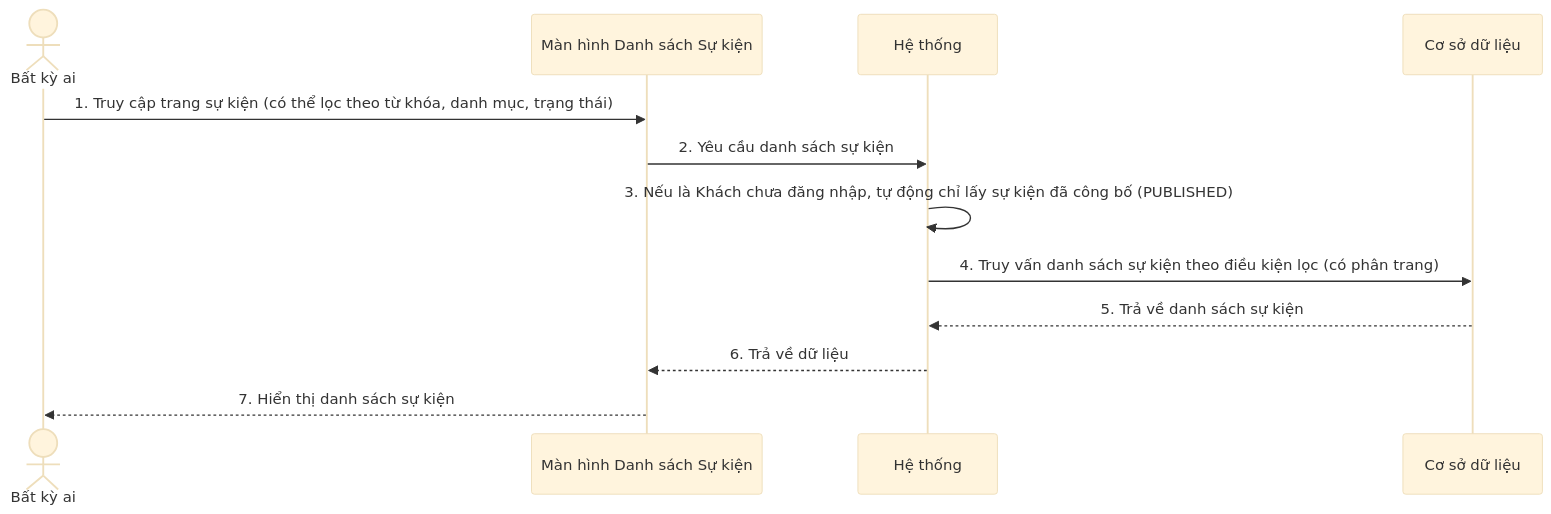
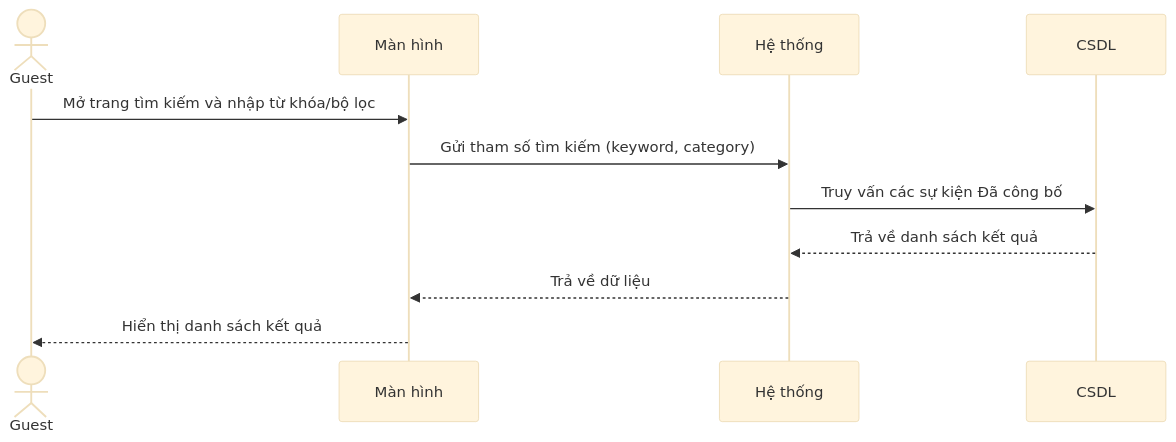
The fifth of 6 diagrams in doc/system_analysis/sequence diagram/05b_sequence_admin_event_staff.md (ChuDucAnh21/BE-quan-ly-su-kien), drawn with Mermaid (base theme) before and after one commit. The commit also changed other lines of this file and 14 other files, not shown here.

````diff
--- a/doc/system_analysis/sequence diagram/05b_sequence_admin_event_staff.md
+++ b/doc/system_analysis/sequence diagram/05b_sequence_admin_event_staff.md
@@ -162,15 +108,14 @@
 ```mermaid
 sequenceDiagram
-    actor Anyone as Bất kỳ ai
-    participant UI as Màn hình Danh sách Sự kiện
-    participant HT as Hệ thống
-    participant DB as Cơ sở dữ liệu
+    actor Guest
+    participant Màn hình
+    participant Hệ thống
+    participant CSDL
 
-    Anyone->>UI: 1. Truy cập trang sự kiện (có thể lọc theo từ khóa, danh mục, trạng thái)
-    UI->>HT: 2. Yêu cầu danh sách sự kiện
-    HT->>HT: 3. Nếu là Khách chưa đăng nhập, tự động chỉ lấy sự kiện đã công bố (PUBLISHED)
-    HT->>DB: 4. Truy vấn danh sách sự kiện theo điều kiện lọc (có phân trang)
-    DB-->>HT: 5. Trả về danh sách sự kiện
-    HT-->>UI: 6. Trả về dữ liệu
-    UI-->>Anyone: 7. Hiển thị danh sách sự kiện
+    Guest->>Màn hình: Mở trang tìm kiếm và nhập từ khóa/bộ lọc
+    Màn hình->>Hệ thống: Gửi tham số tìm kiếm (keyword, category)
+    Hệ thống->>CSDL: Truy vấn các sự kiện Đã công bố
+    CSDL-->>Hệ thống: Trả về danh sách kết quả
+    Hệ thống-->>Màn hình: Trả về dữ liệu
+    Màn hình-->>Guest: Hiển thị danh sách kết quả
 ```
````
